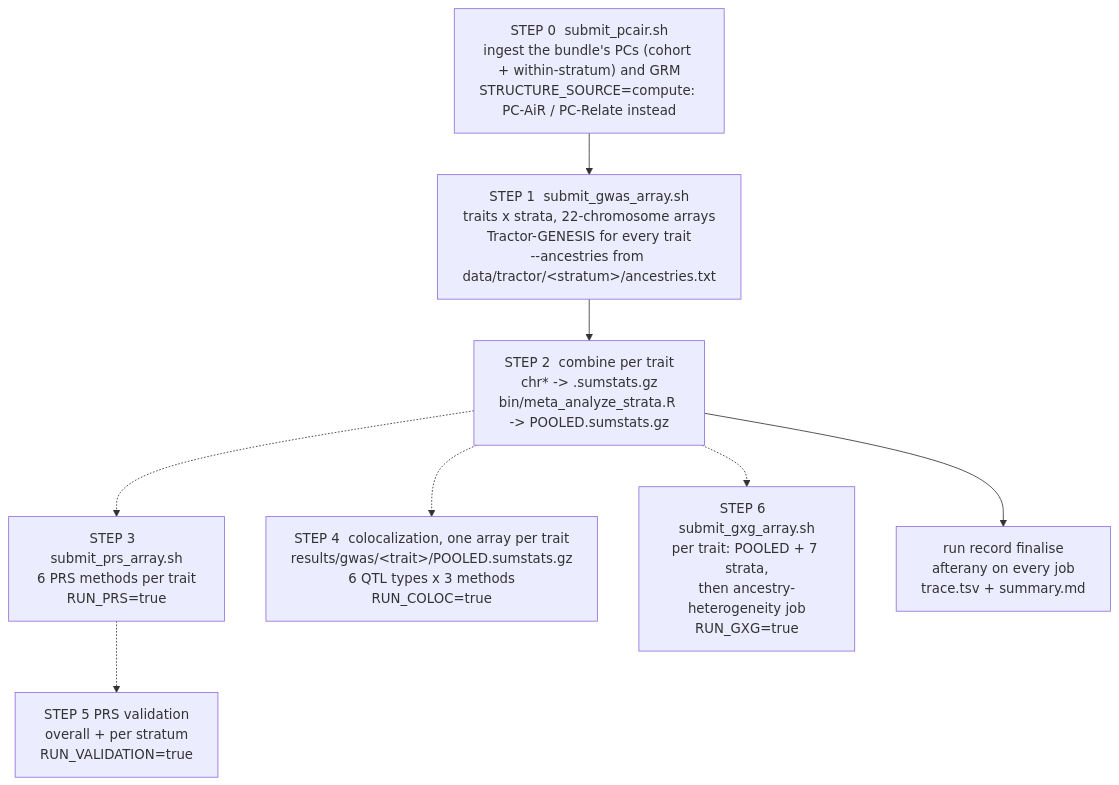
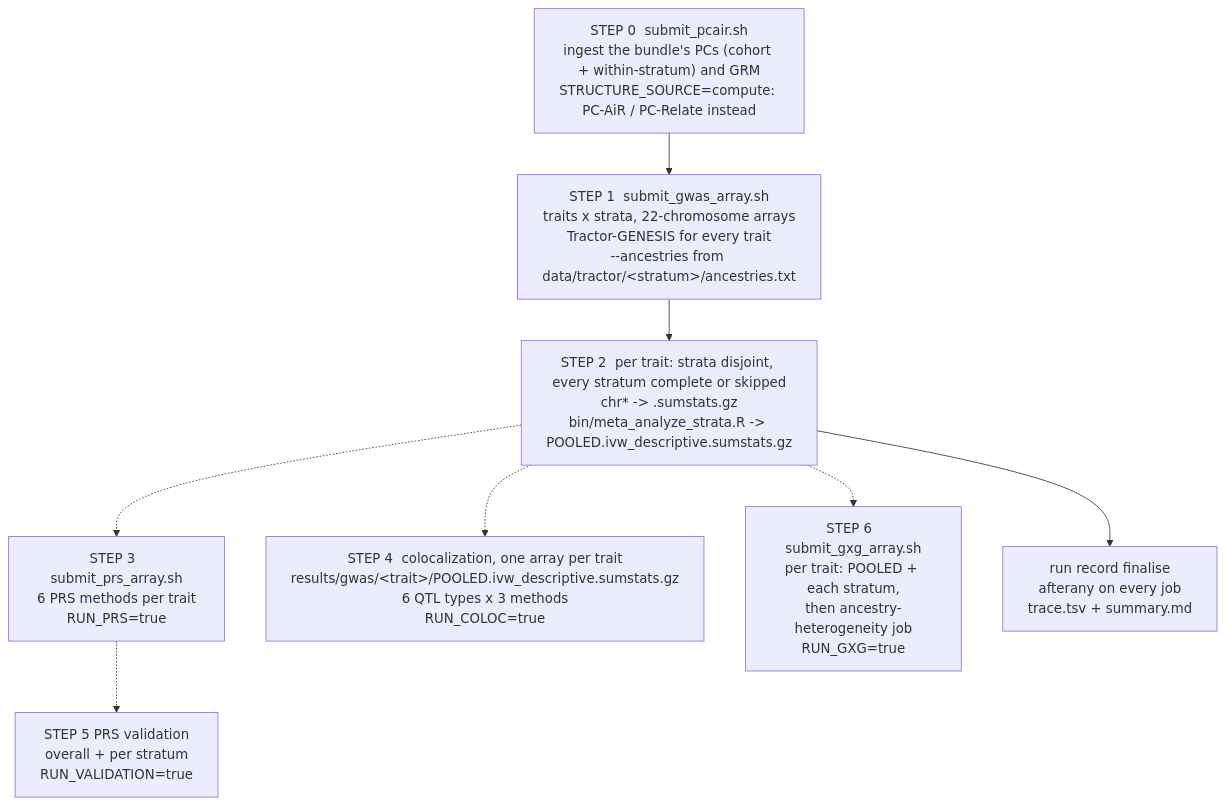
The fourth of 4 diagrams in docs/WORKFLOW.md (chrisrob3312/Nextflow_GWAS_pipeline), drawn with Mermaid before and after one commit. The commit also changed other lines of this file and 11 other files, not shown here.

````diff
--- a/docs/WORKFLOW.md
+++ b/docs/WORKFLOW.md
@@ -203,17 +203,17 @@
 ```mermaid
 flowchart TD
     S0["STEP 0  submit_pcair.sh<br/>ingest the bundle's PCs (cohort + within-stratum) and GRM<br/>STRUCTURE_SOURCE=compute: PC-AiR / PC-Relate instead"]
     S1["STEP 1  submit_gwas_array.sh<br/>traits x strata, 22-chromosome arrays<br/>Tractor-GENESIS for every trait<br/>--ancestries from data/tractor/&lt;stratum&gt;/ancestries.txt"]
     S0 --> S1
-    S2["STEP 2  combine per trait<br/>chr* -> <stratum>.sumstats.gz<br/>bin/meta_analyze_strata.R -> POOLED.sumstats.gz"]
+    S2["STEP 2  per trait: strata disjoint, every stratum complete or skipped<br/>chr* -> <stratum>.sumstats.gz<br/>bin/meta_analyze_strata.R -> POOLED.ivw_descriptive.sumstats.gz"]
     S3["STEP 3  submit_prs_array.sh<br/>6 PRS methods per trait<br/>RUN_PRS=true"]
-    S4["STEP 4  colocalization, one array per trait<br/>results/gwas/&lt;trait&gt;/POOLED.sumstats.gz<br/>6 QTL types x 3 methods<br/>RUN_COLOC=true"]
+    S4["STEP 4  colocalization, one array per trait<br/>results/gwas/&lt;trait&gt;/POOLED.ivw_descriptive.sumstats.gz<br/>6 QTL types x 3 methods<br/>RUN_COLOC=true"]
     S5["STEP 5  PRS validation<br/>overall + per stratum<br/>RUN_VALIDATION=true"]
-    S6["STEP 6  submit_gxg_array.sh<br/>per trait: POOLED + 7 strata,<br/>then ancestry-heterogeneity job<br/>RUN_GXG=true"]
+    S6["STEP 6  submit_gxg_array.sh<br/>per trait: POOLED + each stratum,<br/>then ancestry-heterogeneity job<br/>RUN_GXG=true"]
     F["run record finalise<br/>afterany on every job<br/>trace.tsv + summary.md"]
     S1 --> S2
     S2 -.-> S3 -.-> S5
     S2 -.-> S4
     S2 -.-> S6
     S2 --> F
 ```
````
